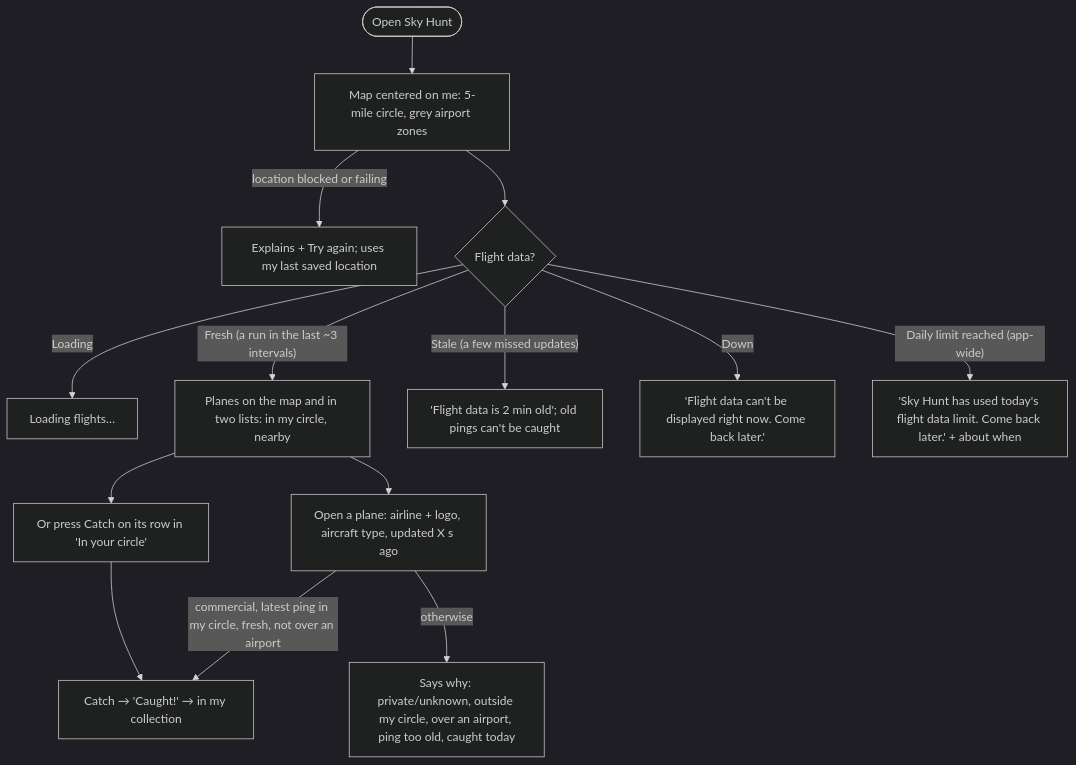
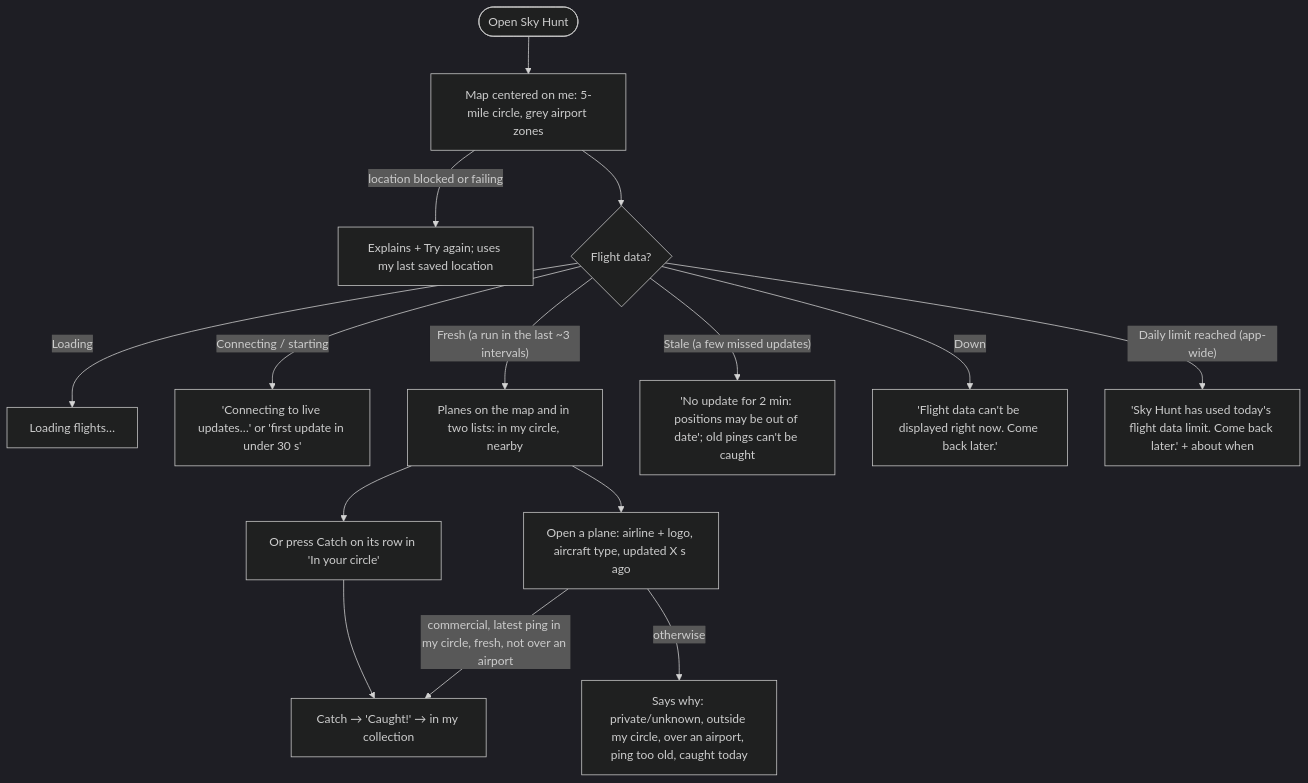
The second of 2 diagrams in flows.md (neilpandya01/hw5-dbs), drawn with Mermaid (dark theme) before and after one commit. The commit also changed other lines of this file and 9 other files, not shown here.

````diff
--- a/flows.md
+++ b/flows.md
@@ -39,16 +39,17 @@
 ```mermaid
 flowchart TD
   A([Open Sky Hunt]) --> R["Map centered on me: 5-mile circle, grey airport zones"]
   R -->|location blocked or failing| P["Explains + Try again; uses my last saved location"]
   R --> F{Flight data?}
   F -- "Loading" --> L["Loading flights…"]
+  F -- "Connecting / starting" --> K["'Connecting to live updates…' or 'first update in under 30 s'"]
   F -- "Fresh (a run in the last ~3 intervals)" --> M["Planes on the map and in two lists: in my circle, nearby"]
-  F -- "Stale (a few missed updates)" --> S["'Flight data is 2 min old'; old pings can't be caught"]
+  F -- "Stale (a few missed updates)" --> S["'No update for 2 min: positions may be out of date'; old pings can't be caught"]
   F -- "Down" --> D["'Flight data can't be displayed right now. Come back later.'"]
   F -- "Daily limit reached (app-wide)" --> X["'Sky Hunt has used today's flight data limit. Come back later.' + about when"]
   M --> O["Open a plane: airline + logo, aircraft type, updated X s ago"]
   M --> Q["Or press Catch on its row in 'In your circle'"]
   Q --> C
   O -->|commercial, latest ping in my circle, fresh, not over an airport| C["Catch → 'Caught!' → in my collection"]
   O -->|otherwise| W["Says why: private/unknown, outside my circle, over an airport, ping too old, caught today"]
 ```
````
